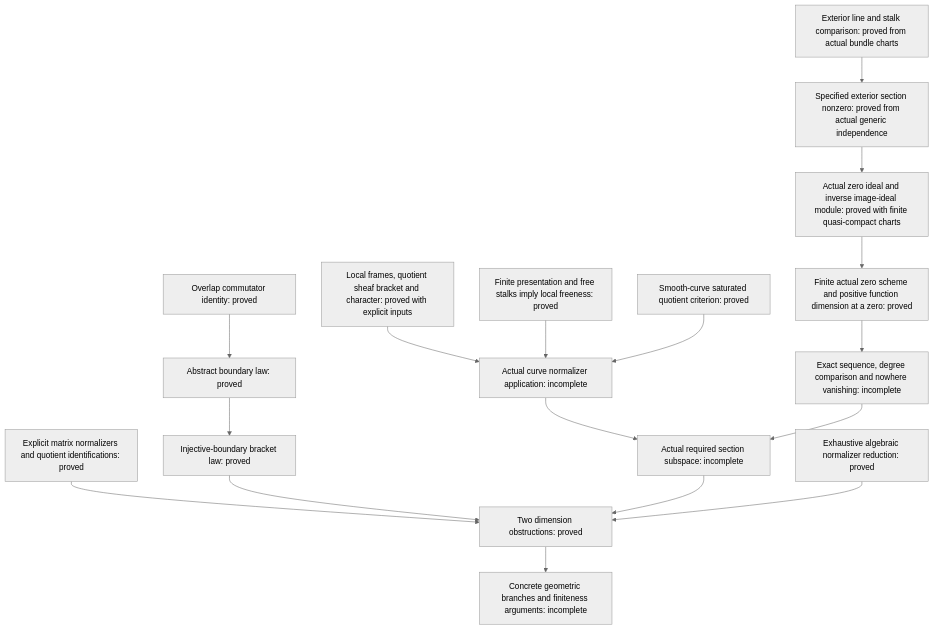
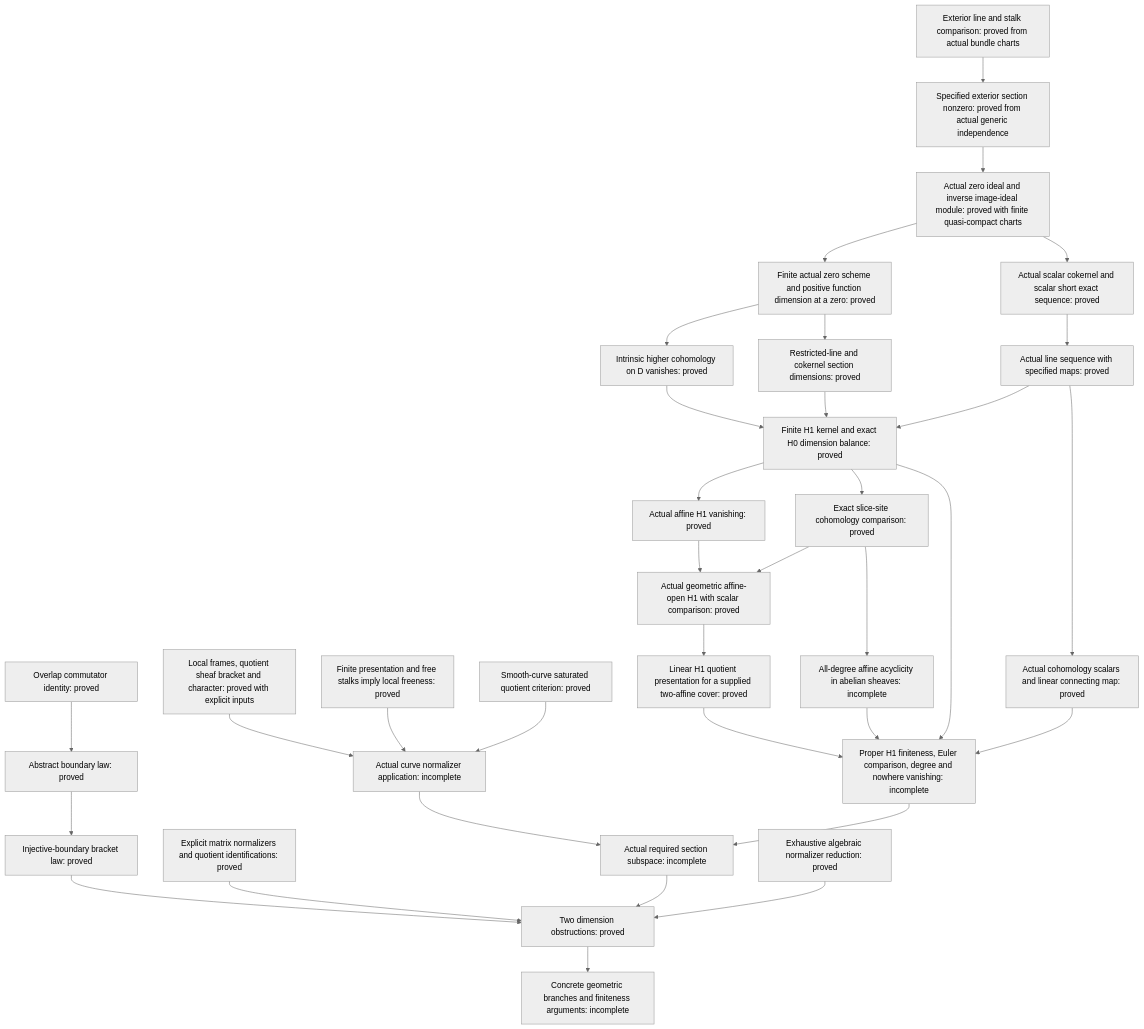
One commit to Robby955/rank-three-mcg-finiteness changed the diagram in lean/normalizer-core/OVERVIEW.md. Above: the diagram before and after it, drawn with Mermaid (neutral theme). The commit also changed other lines of this file and 66 other files, not shown here.

Commit message:
Formalize finite-map and normal-curve H1 finiteness (#9)

````diff
--- a/lean/normalizer-core/OVERVIEW.md
+++ b/lean/normalizer-core/OVERVIEW.md
@@ -45,19 +45,36 @@
 ```mermaid
 flowchart TD
   A[Overlap commutator identity: proved] --> B[Abstract boundary law: proved]
   B --> C[Injective-boundary bracket law: proved]
   D[Explicit matrix normalizers and quotient identifications: proved] --> E[Two dimension obstructions: proved]
   C --> E
   F[Local frames, quotient sheaf bracket and character: proved with explicit inputs] --> G[Actual curve normalizer application: incomplete]
   H[Finite presentation and free stalks imply local freeness: proved] --> G
   I[Smooth-curve saturated quotient criterion: proved] --> G
   G --> J[Actual required section subspace: incomplete]
   J --> E
   L[Exhaustive algebraic normalizer reduction: proved] --> E
   M[Exterior line and stalk comparison: proved from actual bundle charts] --> N[Specified exterior section nonzero: proved from actual generic independence]
   N --> P[Actual zero ideal and inverse image-ideal module: proved with finite quasi-compact charts]
   P --> Q[Finite actual zero scheme and positive function dimension at a zero: proved]
-  Q --> O[Exact sequence, degree comparison and nowhere vanishing: incomplete]
+  P --> R[Actual scalar cokernel and scalar short exact sequence: proved]
+  R --> S[Actual line sequence with specified maps: proved]
+  Q --> T[Intrinsic higher cohomology on D vanishes: proved]
+  S --> V[Ambient quotient cohomology vanishes: proved]
+  T --> V
+  Q --> W[Restricted-line and cokernel section dimensions: proved]
+  S --> Y[Actual cohomology scalars and linear connecting map: proved]
+  W --> V[Finite H1 kernel and exact H0 dimension balance: proved]
+  V --> AF[Actual affine H1 vanishing: proved]
+  AF --> AO[Actual geometric affine-open H1 with scalar comparison: proved]
+  AO --> MV[Linear H1 quotient presentation for a supplied two-affine cover: proved]
+  MV --> O[Proper H1 finiteness, Euler comparison, degree and nowhere vanishing: incomplete]
+  V --> SC[Exact slice-site cohomology comparison: proved]
+  SC --> AO
+  SC --> AC[All-degree affine acyclicity in abelian sheaves: incomplete]
+  AC --> O
+  Y --> O
+  V --> O
   O --> J
   E --> K[Concrete geometric branches and finiteness arguments: incomplete]
 ```
````
